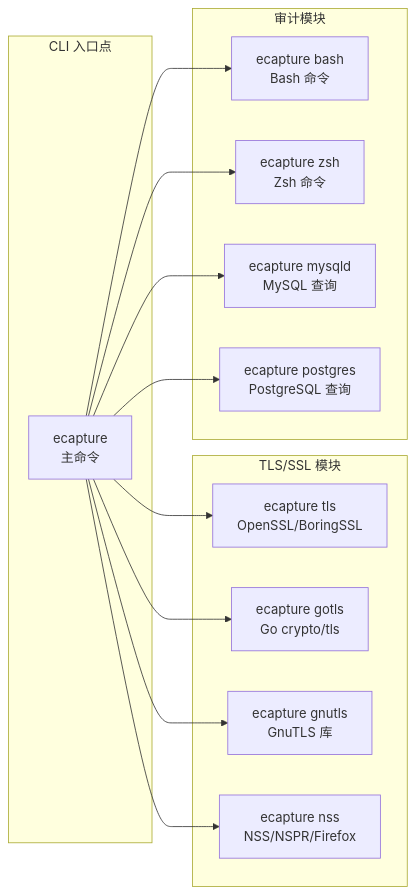
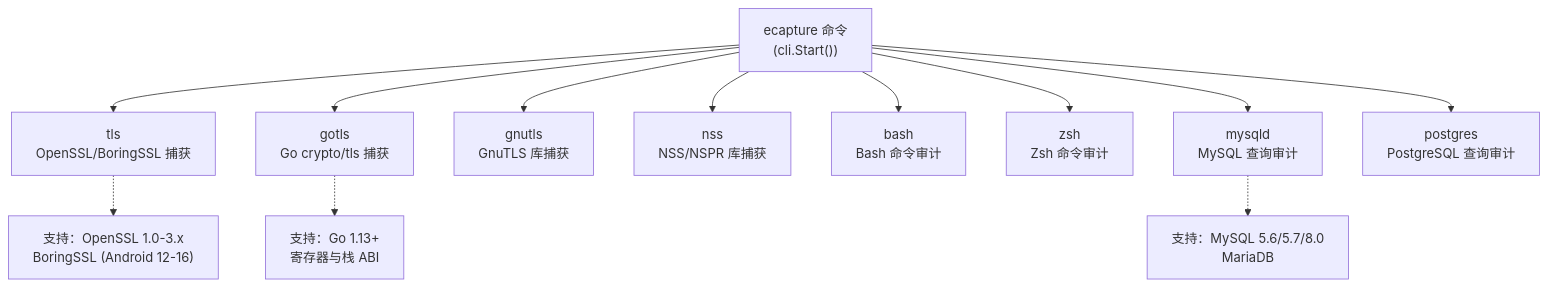
One commit to gojue/ecapture.cc changed the fifth of 5 diagrams in src/zh/1-overview/1.1-installation-and-quick-start.md. Above: the diagram before and after it, drawn with Mermaid. The commit also changed other lines of this file and 70 other files, not shown here.

Commit message:
feat: update sidebar and navigation links for architecture and shell command auditing sections

````diff
--- a/src/zh/1-overview/1.1-installation-and-quick-start.md
+++ b/src/zh/1-overview/1.1-installation-and-quick-start.md
@@ -469,29 +276,17 @@
 ```mermaid
-graph LR
-    subgraph "CLI 入口点"
-        ECAPTURE["ecapture<br/>主命令"]
-    end
+flowchart TD
+    Root["ecapture 命令<br/>(cli.Start())"]
     
-    subgraph "TLS/SSL 模块"
-        TLS["ecapture tls<br/>OpenSSL/BoringSSL"]
-        GOTLS["ecapture gotls<br/>Go crypto/tls"]
-        GNUTLS["ecapture gnutls<br/>GnuTLS 库"]
-        NSS["ecapture nss<br/>NSS/NSPR/Firefox"]
-    end
+    Root --> TLS["tls<br/>OpenSSL/BoringSSL 捕获"]
+    Root --> GoTLS["gotls<br/>Go crypto/tls 捕获"]
+    Root --> GnuTLS["gnutls<br/>GnuTLS 库捕获"]
+    Root --> NSS["nss<br/>NSS/NSPR 库捕获"]
+    Root --> Bash["bash<br/>Bash 命令审计"]
+    Root --> Zsh["zsh<br/>Zsh 命令审计"]
+    Root --> MySQL["mysqld<br/>MySQL 查询审计"]
+    Root --> Postgres["postgres<br/>PostgreSQL 查询审计"]
     
-    subgraph "审计模块"
-        BASH["ecapture bash<br/>Bash 命令"]
-        ZSH["ecapture zsh<br/>Zsh 命令"]
-        MYSQLD["ecapture mysqld<br/>MySQL 查询"]
-        POSTGRES["ecapture postgres<br/>PostgreSQL 查询"]
-    end
-    
-    ECAPTURE --> TLS
-    ECAPTURE --> GOTLS
-    ECAPTURE --> GNUTLS
-    ECAPTURE --> NSS
-    ECAPTURE --> BASH
-    ECAPTURE --> ZSH
-    ECAPTURE --> MYSQLD
-    ECAPTURE --> POSTGRES
+    TLS -.-> TLSNote["支持：OpenSSL 1.0-3.x<br/>BoringSSL (Android 12-16)"]
+    GoTLS -.-> GoNote["支持：Go 1.13+<br/>寄存器与栈 ABI"]
+    MySQL -.-> SQLNote["支持：MySQL 5.6/5.7/8.0<br/>MariaDB"]
 ```
````
